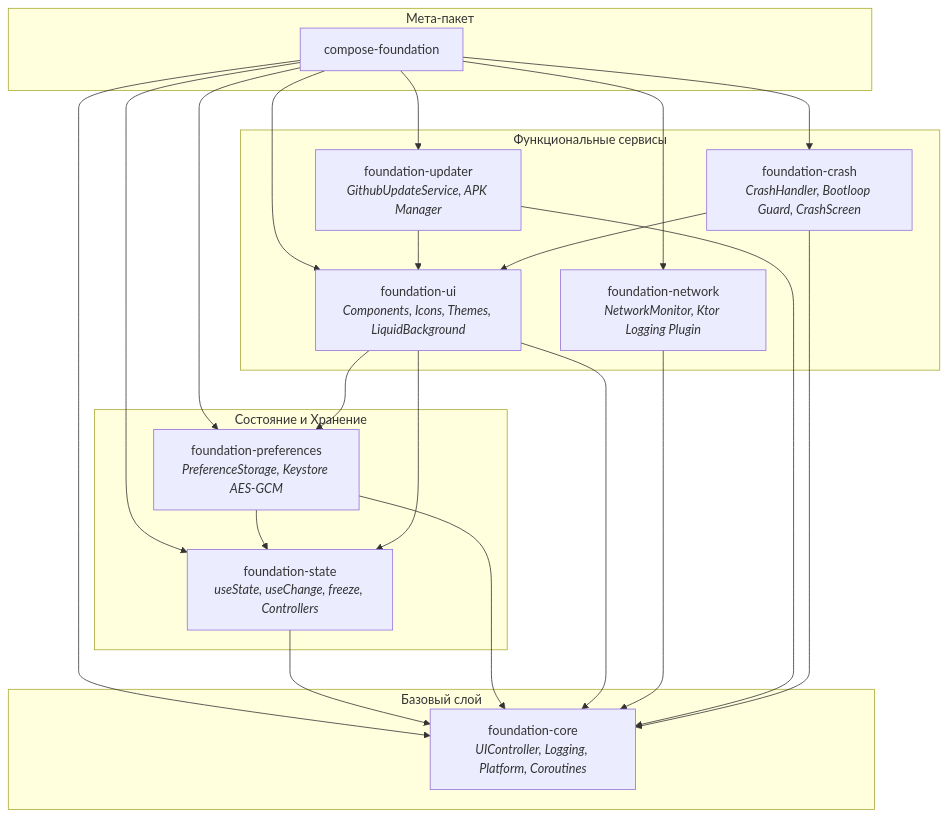
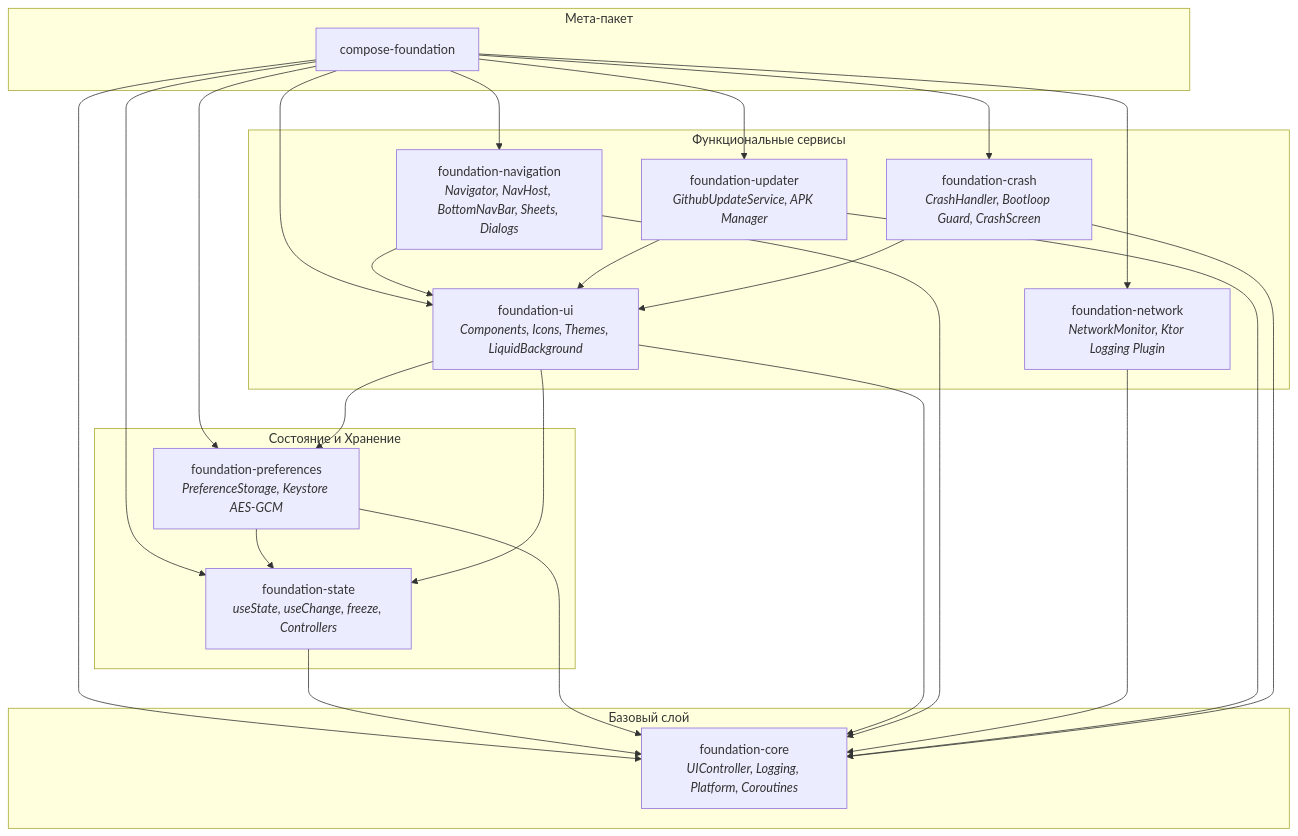
One commit to whatrushki/compose-foundation changed the diagram in README.md. Above: the diagram before and after it, drawn with Mermaid. The commit also changed other lines of this file and 17 other files, not shown here.

Commit message:
feat(navigation): add foundation-navigation multiplatform module

````diff
--- a/README.md
+++ b/README.md
@@ -56,42 +56,46 @@
 ```mermaid
 graph TD
     subgraph Meta["Мета-пакет"]
         ALL["compose-foundation"]
     end
 
     subgraph CoreLayer["Базовый слой"]
         CORE["foundation-core<br/><i>UIController, Logging, Platform, Coroutines</i>"]
     end
 
     subgraph StateLayer["Состояние и Хранение"]
         STATE["foundation-state<br/><i>useState, useChange, freeze, Controllers</i>"]
         PREF["foundation-preferences<br/><i>PreferenceStorage, Keystore AES-GCM</i>"]
     end
 
     subgraph FeatureLayer["Функциональные сервисы"]
         UI["foundation-ui<br/><i>Components, Icons, Themes, LiquidBackground</i>"]
+        NAV["foundation-navigation<br/><i>Navigator, NavHost, BottomNavBar, Sheets, Dialogs</i>"]
         NET["foundation-network<br/><i>NetworkMonitor, Ktor Logging Plugin</i>"]
         UPDATER["foundation-updater<br/><i>GithubUpdateService, APK Manager</i>"]
         CRASH["foundation-crash<br/><i>CrashHandler, Bootloop Guard, CrashScreen</i>"]
     end
 
     ALL --> CORE
     ALL --> STATE
     ALL --> PREF
     ALL --> UI
+    ALL --> NAV
     ALL --> NET
     ALL --> UPDATER
     ALL --> CRASH
 
     STATE --> CORE
     PREF --> CORE
     PREF --> STATE
     UI --> CORE
     UI --> STATE
     UI --> PREF
+    NAV --> CORE
+    NAV --> UI
     NET --> CORE
     UPDATER --> CORE
     UPDATER --> UI
     CRASH --> CORE
     CRASH --> UI
 ```
````
